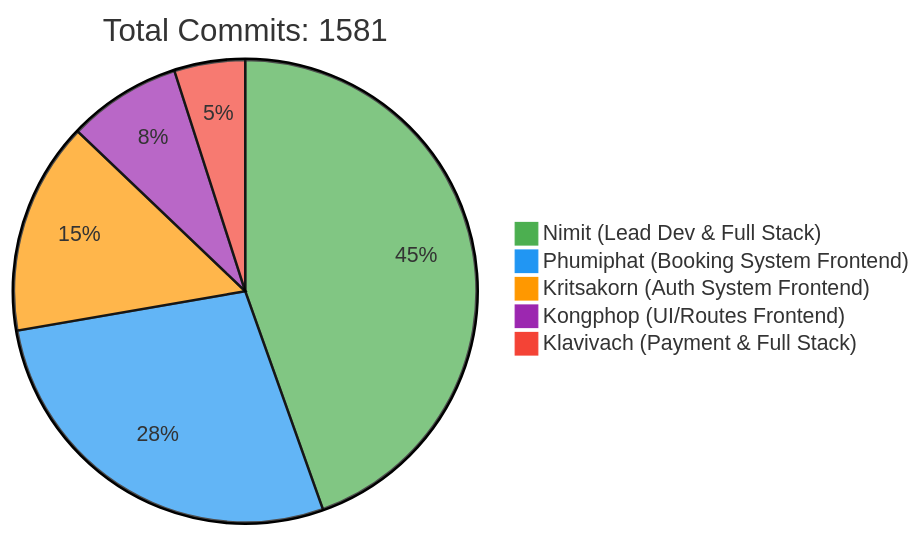
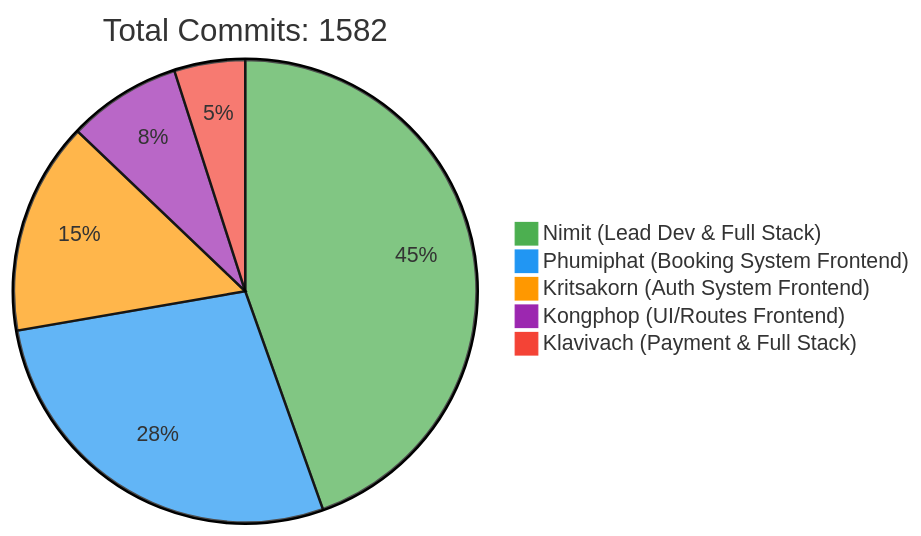
Before and after one commit to 6531503042/Sport-Complex: the first of 2 diagrams in README.md, drawn with Mermaid. The commit also changed other lines of this file, not shown here.

Commit message:
docs: Update contributor statistics [skip ci]

````diff
--- a/README.md
+++ b/README.md
@@ -257,10 +257,10 @@
 ```mermaid
 %%{init: {'theme': 'base', 'themeVariables': { 'pie1': '#4CAF50', 'pie2': '#2196F3', 'pie3': '#FF9800', 'pie4': '#9C27B0', 'pie5': '#F44336'}}}%%
 pie
-    title Total Commits: 1581
+    title Total Commits: 1582
     "Nimit (Lead Dev & Full Stack)" : 450
     "Phumiphat (Booking System Frontend)" : 280
     "Kritsakorn (Auth System Frontend)" : 150
     "Kongphop (UI/Routes Frontend)" : 80
     "Klavivach (Payment & Full Stack)" : 50
 ```
````
